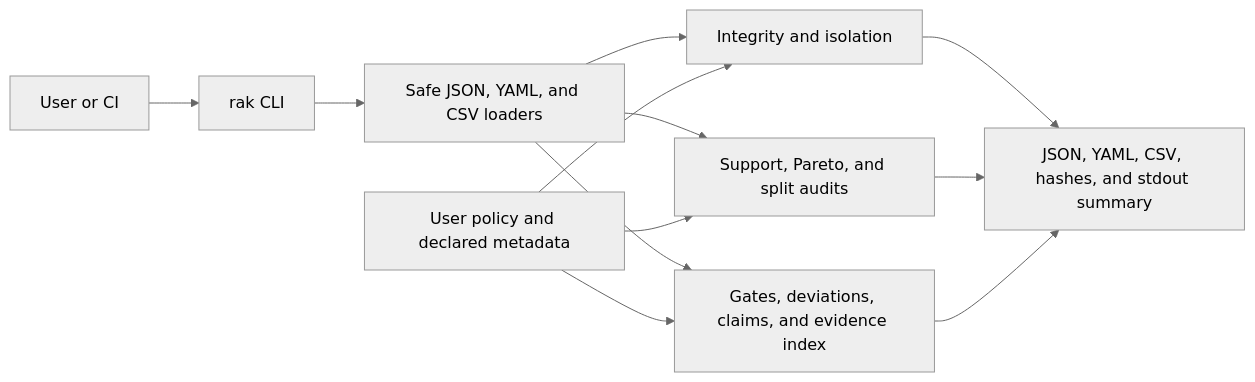
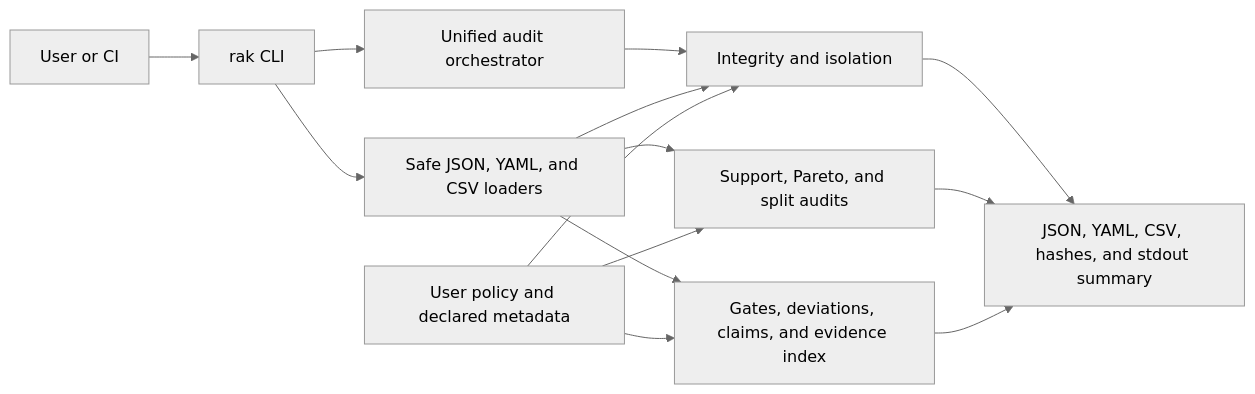
One commit to ernestoleo777-dotcom/ResearchAuditKit changed the diagram in docs/architecture.md. Above: the diagram before and after it, drawn with Mermaid (neutral theme). The commit also changed other lines of this file and 12 other files, not shown here.

````diff
--- a/docs/architecture.md
+++ b/docs/architecture.md
@@ -8,14 +8,16 @@
 ```mermaid
 flowchart LR
     U["User or CI"] --> C["rak CLI"]
+    C --> A["Unified audit orchestrator"]
     C --> L["Safe JSON, YAML, and CSV loaders"]
+    A --> I
     L --> I["Integrity and isolation"]
     L --> S["Support, Pareto, and split audits"]
     L --> G["Gates, deviations, claims, and evidence index"]
     I --> O["JSON, YAML, CSV, hashes, and stdout summary"]
     S --> O
     G --> O
     P["User policy and declared metadata"] --> I
     P --> S
     P --> G
 ```
````
